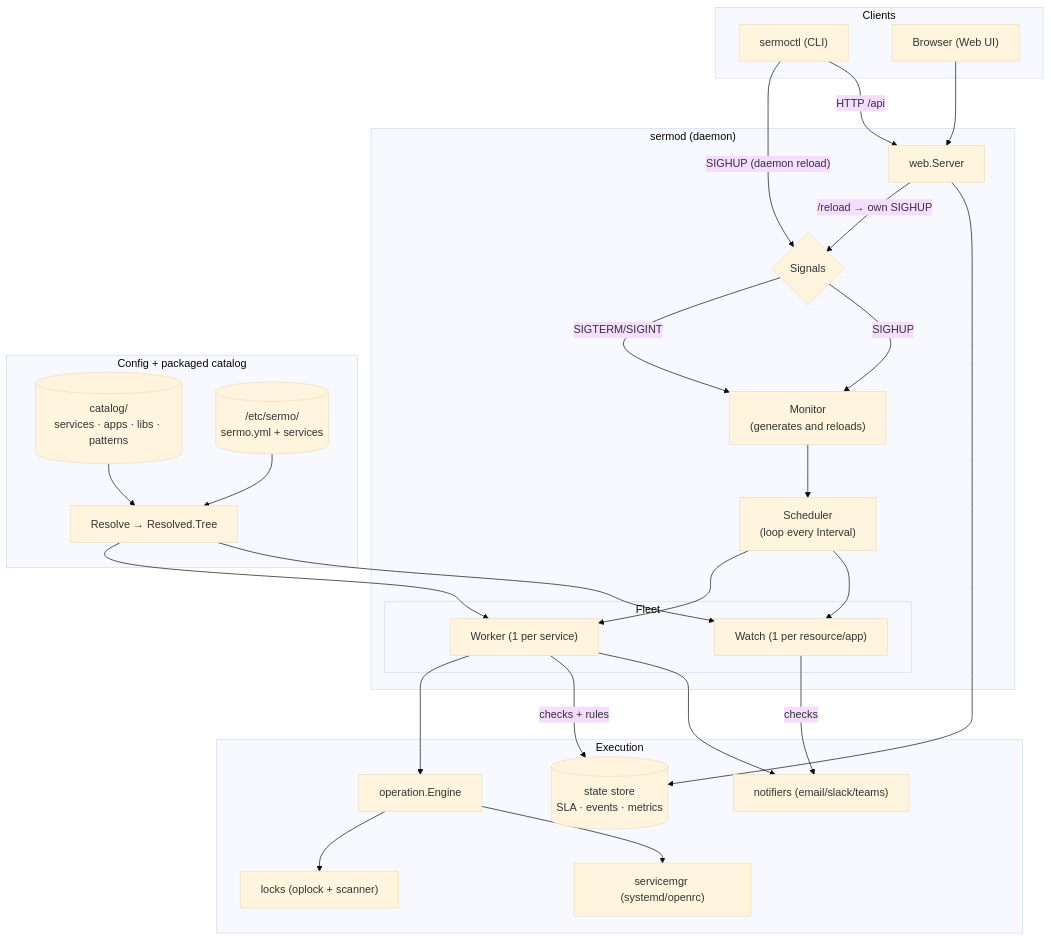
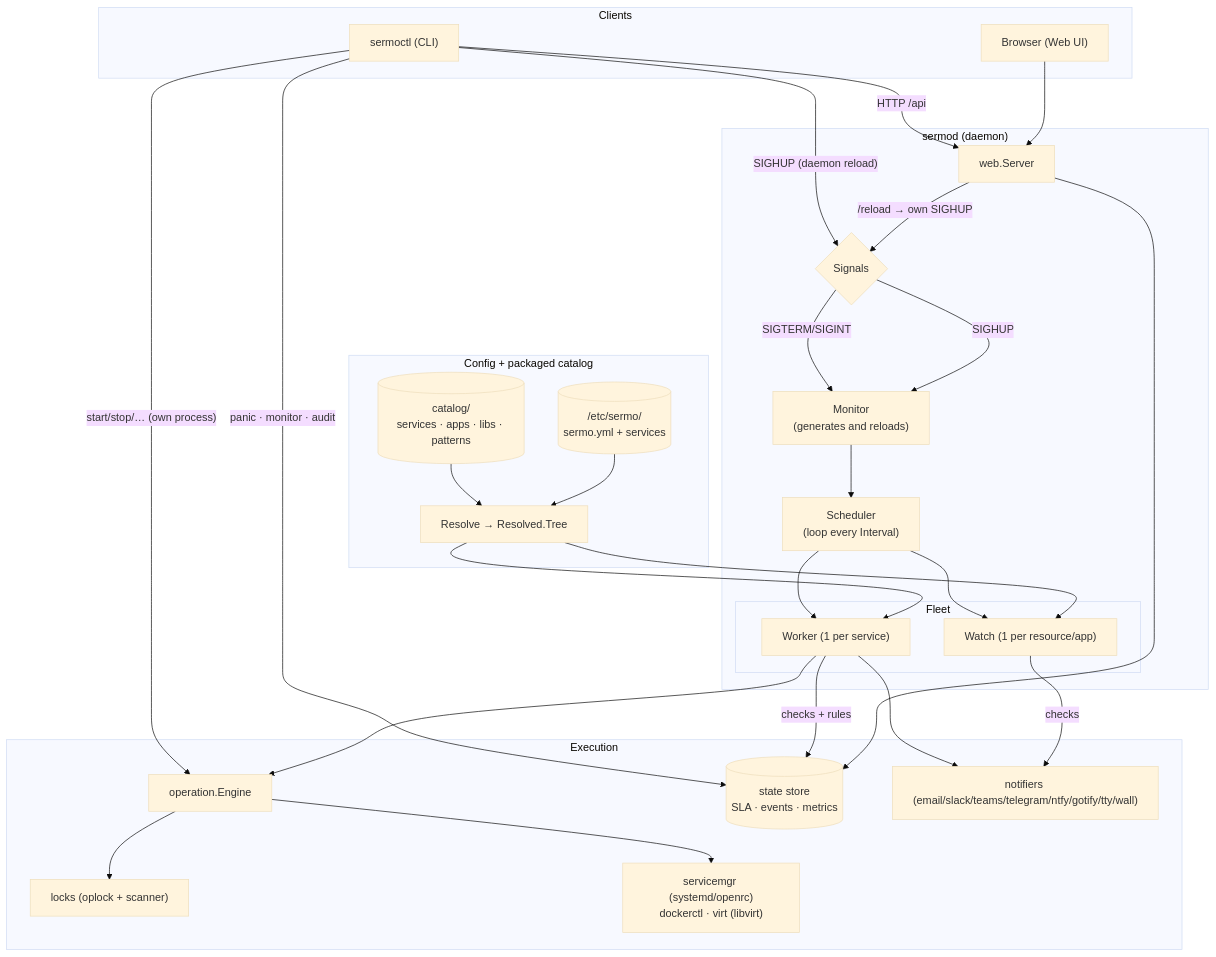
One commit to inode64/Sermo changed the first of 6 diagrams in docs/architecture.md. Above: the diagram before and after it, drawn with Mermaid (base theme). The commit also changed other lines of this file and 25 other files, not shown here.

````diff
--- a/docs/architecture.md
+++ b/docs/architecture.md
@@ -21,53 +23,55 @@
 ```mermaid
 flowchart TB
   subgraph clients["Clients"]
     CLI["sermoctl (CLI)"]
     BROWSER["Browser (Web UI)"]
   end
 
   subgraph daemon["sermod (daemon)"]
     SIG{"Signals"}
     MON["Monitor<br/>(generates and reloads)"]
     SCH["Scheduler<br/>(loop every Interval)"]
     WEB["web.Server"]
     subgraph fleet["Fleet"]
       W["Worker (1 per service)"]
       WA["Watch (1 per resource/app)"]
     end
   end
 
   subgraph cfg["Config + packaged catalog"]
     CAT[("catalog/<br/>services · apps · libs · patterns")]
     USR[("/etc/sermo/<br/>sermo.yml + services")]
     RES["Resolve → Resolved.Tree"]
   end
 
   subgraph backends["Execution"]
     OP["operation.Engine"]
     LK["locks (oplock + scanner)"]
-    SM["servicemgr (systemd/openrc)"]
+    SM["servicemgr (systemd/openrc)<br/>dockerctl · virt (libvirt)"]
     ST[("state store<br/>SLA · events · metrics")]
-    NT["notifiers (email/slack/teams)"]
+    NT["notifiers (email/slack/teams/telegram/ntfy/gotify/tty/wall)"]
   end
 
   CLI -- "SIGHUP (daemon reload)" --> SIG
   CLI -- "HTTP /api" --> WEB
+  CLI -- "start/stop/… (own process)" --> OP
+  CLI -- "panic · monitor · audit" --> ST
   BROWSER --> WEB
   WEB -- "/reload → own SIGHUP" --> SIG
 
   SIG -- "SIGTERM/SIGINT" --> MON
   SIG -- "SIGHUP" --> MON
   MON --> SCH --> W & WA
 
   CAT --> RES
   USR --> RES
   RES --> W & WA
 
   W --> OP
   W -- "checks + rules" --> ST
   W --> NT
   WA -- "checks" --> NT
   OP --> LK
   OP --> SM
   WEB --> ST
 ```
````
